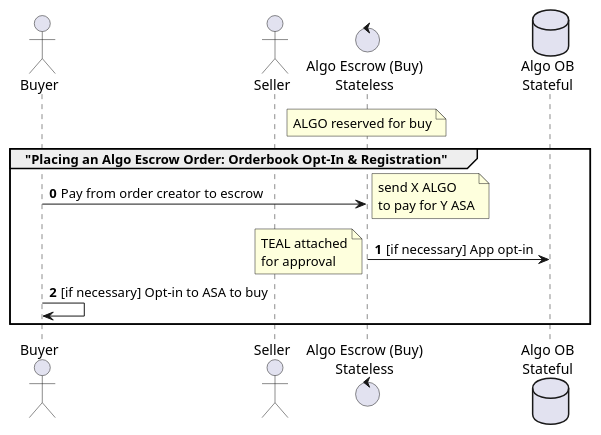
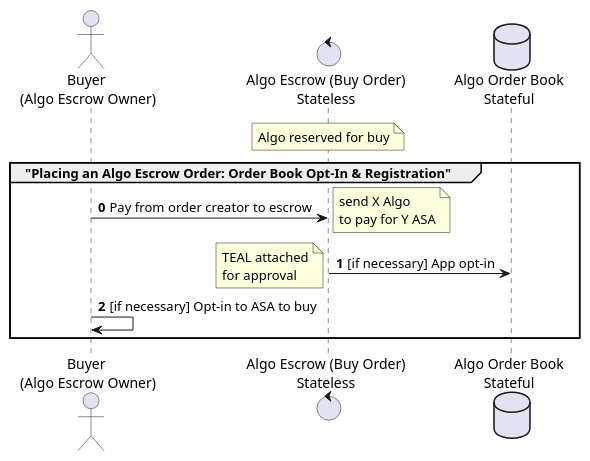
Before and after one commit to algodex/algodex-architecture: the diagram in diagrams/algo_escrow_place_order.puml, drawn with PlantUML. The commit also changed 18 other files, not shown here.

Commit message:
Add architecture updates

```diff
--- a/diagrams/algo_escrow_place_order.puml
+++ b/diagrams/algo_escrow_place_order.puml
@@ -1,17 +1,16 @@
 @startuml
-actor Buyer
-actor Seller
-control "Algo Escrow (Buy)\nStateless" as AlgoEscrow
-database "Algo OB\nStateful" as AlgoOB
-note over AlgoEscrow: ALGO reserved for buy
+actor "Buyer \n(Algo Escrow Owner)" as Buyer
+control "Algo Escrow (Buy Order)\nStateless" as AlgoEscrow
+database "Algo Order Book\nStateful" as AlgoOB
+note over AlgoEscrow: Algo reserved for buy
 
-group "Placing an Algo Escrow Order: Orderbook Opt-In & Registration"
+group "Placing an Algo Escrow Order: Order Book Opt-In & Registration"
 autonumber 0
 Buyer -> AlgoEscrow: Pay from order creator to escrow
-note right: send X ALGO\nto pay for Y ASA
+note right: send X Algo\nto pay for Y ASA
 AlgoEscrow -> AlgoOB: [if necessary] App opt-in
 note left: TEAL attached\nfor approval
 Buyer -> Buyer: [if necessary] Opt-in to ASA to buy
 end
 
 @enduml
```
